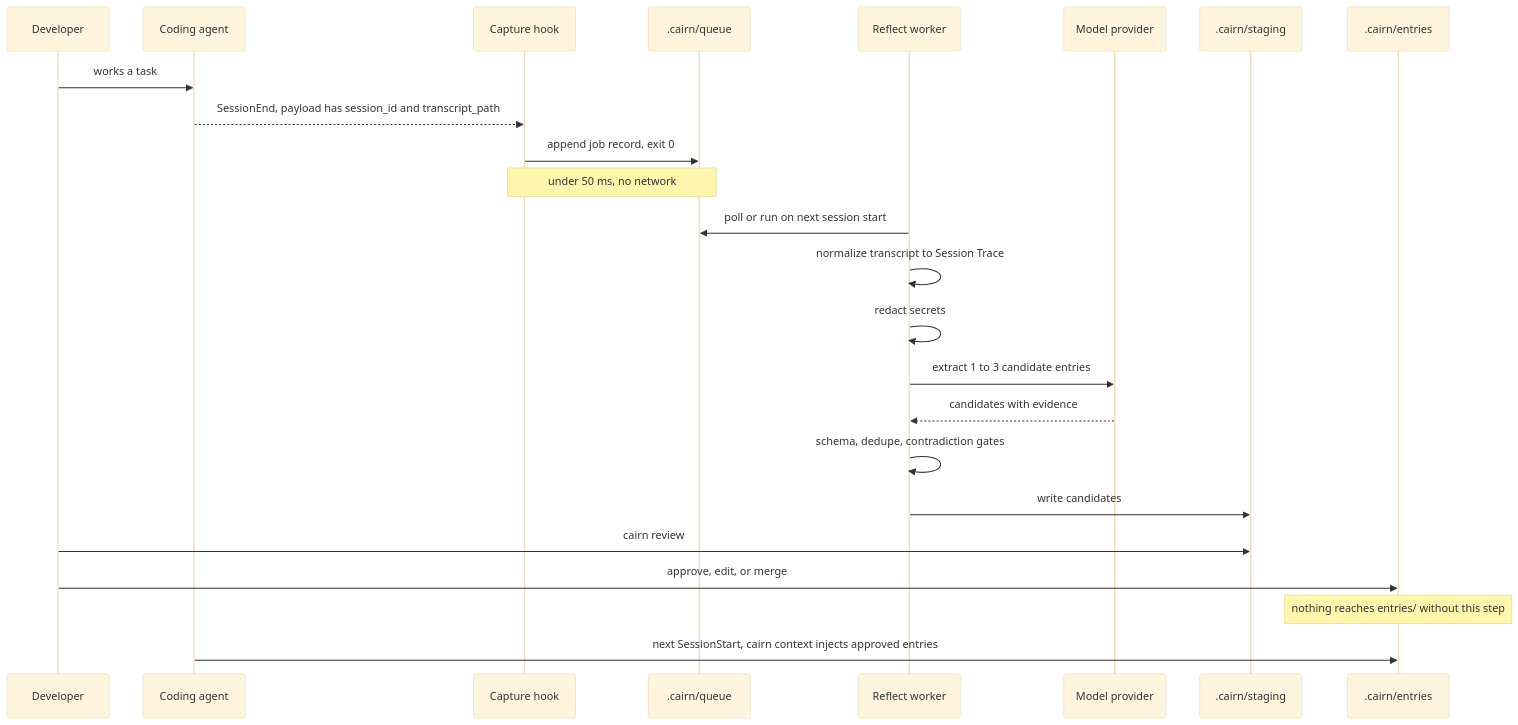
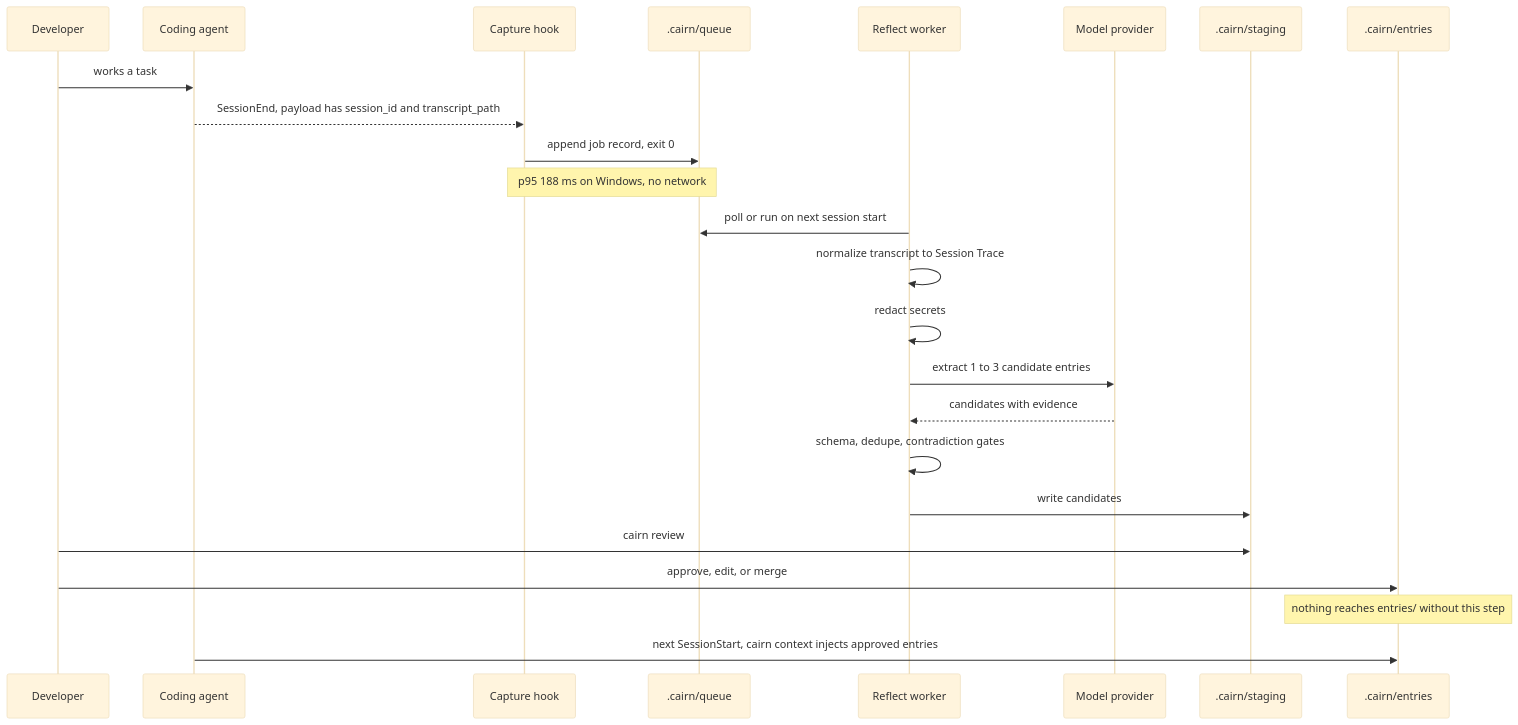
Before and after one commit to VampiricCyborg/Cairn: the third of 7 diagrams in README.md, drawn with Mermaid (base theme). The commit also changed other lines of this file and 10 other files, not shown here.

````diff
--- a/README.md
+++ b/README.md
@@ -201,30 +201,30 @@
 ```mermaid
 sequenceDiagram
     participant Dev as Developer
     participant CC as Coding agent
     participant Hook as Capture hook
     participant Q as .cairn/queue
     participant W as Reflect worker
     participant LLM as Model provider
     participant S as .cairn/staging
     participant E as .cairn/entries
 
     Dev->>CC: works a task
     CC-->>Hook: SessionEnd, payload has session_id and transcript_path
     Hook->>Q: append job record, exit 0
-    Note over Hook,Q: under 50 ms, no network
+    Note over Hook,Q: p95 188 ms on Windows, no network
 
     W->>Q: poll or run on next session start
     W->>W: normalize transcript to Session Trace
     W->>W: redact secrets
     W->>LLM: extract 1 to 3 candidate entries
     LLM-->>W: candidates with evidence
     W->>W: schema, dedupe, contradiction gates
     W->>S: write candidates
 
     Dev->>S: cairn review
     Dev->>E: approve, edit, or merge
     Note over E: nothing reaches entries/ without this step
 
     CC->>E: next SessionStart, cairn context injects approved entries
 ```
````
